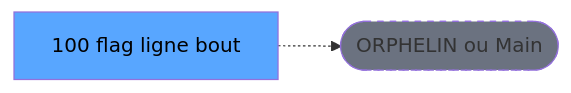
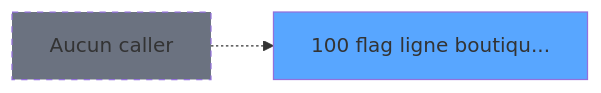
Before and after one commit to thonyAGP/magic-migration: the second of 3 diagrams in .openspec/specs/ADH-IDE-100.md, drawn with Mermaid. The commit also changed other lines of this file and 253 other files, not shown here.

````diff
--- a/.openspec/specs/ADH-IDE-100.md
+++ b/.openspec/specs/ADH-IDE-100.md
@@ -117,8 +170,8 @@
 ```mermaid
 graph LR
-    T[100 flag ligne bout]
-    ORPHAN([ORPHELIN ou Main])
-    T -.-> ORPHAN
-    style T fill:#58a6ff,color:#000
-    style ORPHAN fill:#6b7280,stroke-dasharray: 5 5
+    T100[100 flag ligne boutiqu...]
+    style T100 fill:#58a6ff
+    NONE[Aucun caller]
+    NONE -.-> T100
+    style NONE fill:#6b7280,stroke-dasharray: 5 5
 ```
````
